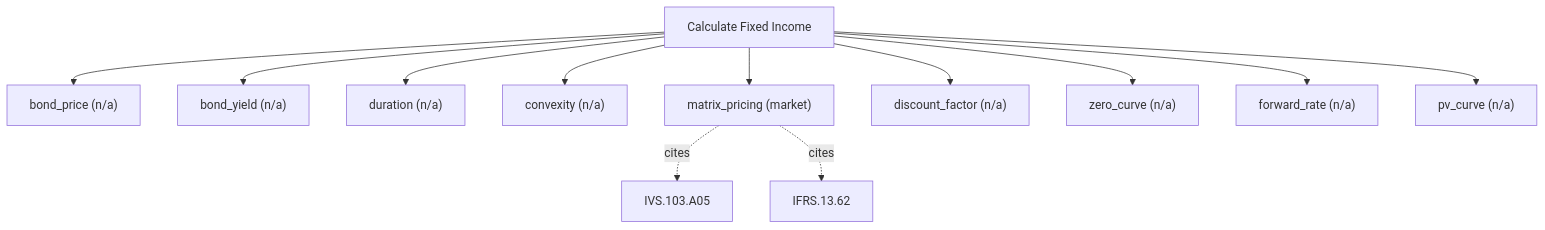
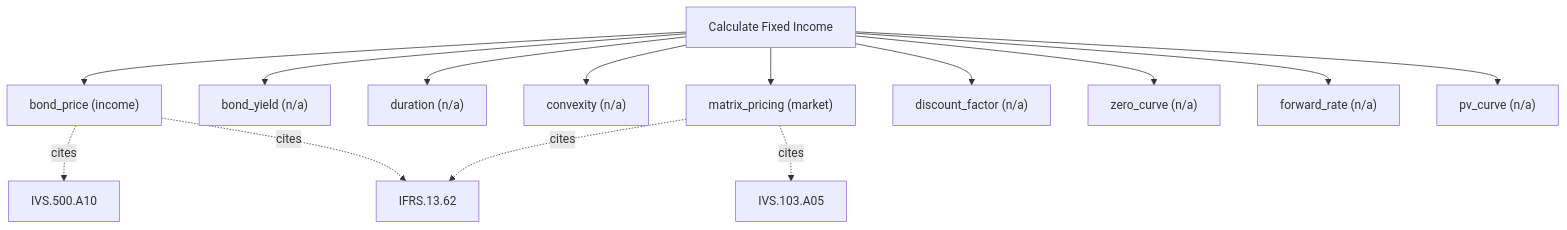
Before and after one commit to simonmak-ascent/fair-value: the diagram in docs/methods/calculate_fixed_income.md, drawn with Mermaid. The commit also changed other lines of this file and 7 other files, not shown here.

````diff
--- a/docs/methods/calculate_fixed_income.md
+++ b/docs/methods/calculate_fixed_income.md
@@ -5,15 +5,17 @@
 ```mermaid
 flowchart TD
   T[Calculate Fixed Income]
-  T --> calculate_fixed_income_bond_price["bond_price (n/a)"]
+  T --> calculate_fixed_income_bond_price["bond_price (income)"]
+  calculate_fixed_income_bond_price -. cites .-> IVS_500_A10[IVS.500.A10]
+  calculate_fixed_income_bond_price -. cites .-> IFRS_13_62[IFRS.13.62]
   T --> calculate_fixed_income_bond_yield["bond_yield (n/a)"]
   T --> calculate_fixed_income_duration["duration (n/a)"]
   T --> calculate_fixed_income_convexity["convexity (n/a)"]
   T --> calculate_fixed_income_matrix_pricing["matrix_pricing (market)"]
   calculate_fixed_income_matrix_pricing -. cites .-> IVS_103_A05[IVS.103.A05]
   calculate_fixed_income_matrix_pricing -. cites .-> IFRS_13_62[IFRS.13.62]
   T --> calculate_fixed_income_discount_factor["discount_factor (n/a)"]
   T --> calculate_fixed_income_zero_curve["zero_curve (n/a)"]
   T --> calculate_fixed_income_forward_rate["forward_rate (n/a)"]
   T --> calculate_fixed_income_pv_curve["pv_curve (n/a)"]
 ```
````
